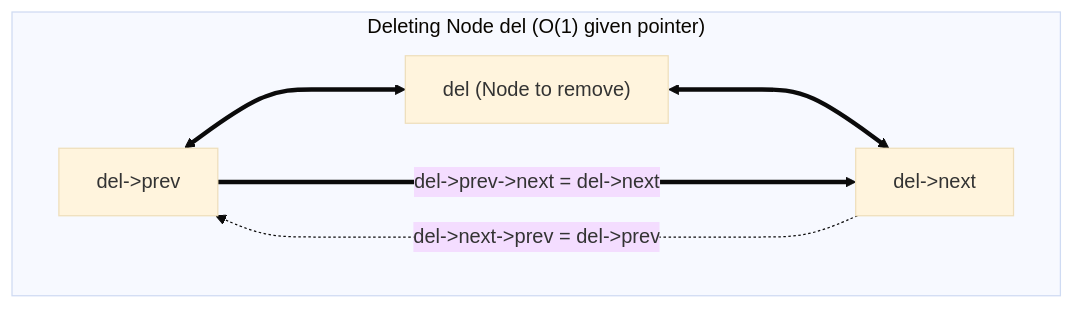
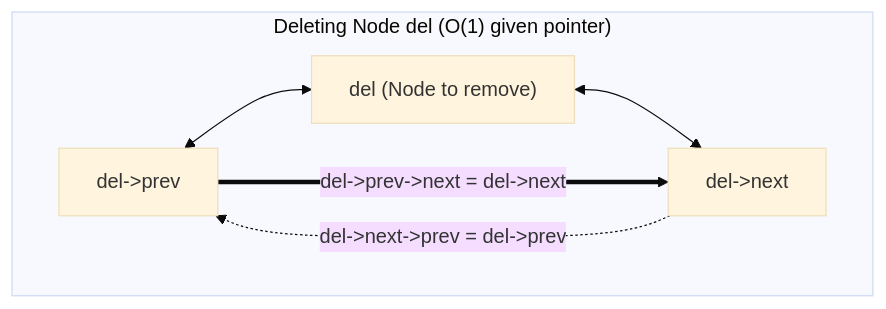
The fourth of 5 diagrams in DSA/Unit 2/L02 - Doubly Linked Lists.md (YatishGowda09/Sem-3-CSE-Notes), drawn with Mermaid (base theme) before and after one commit. The commit also changed other lines of this file and 70 other files, not shown here.

First line of the commit message:
Fix Mermaid diagram syntax for GitHub rendering compatibility

````diff
--- a/DSA/Unit 2/L02 - Doubly Linked Lists.md
+++ b/DSA/Unit 2/L02 - Doubly Linked Lists.md
@@ -297,15 +297,15 @@
 ```mermaid
 flowchart TD
     subgraph DeleteArbitrary["Deleting Node del (O(1) given pointer)"]
         direction LR
         P["del->prev"]
         D["del (Node to remove)"]
         N["del->next"]
 
-        P <===> D
-        D <===> N
+        P <--> D
+        D <--> N
 
-        P ===>|"del->prev->next = del->next"| N
+        P ==>|"del->prev->next = del->next"| N
         N -.->|"del->next->prev = del->prev"| P
     end
 ```
````
